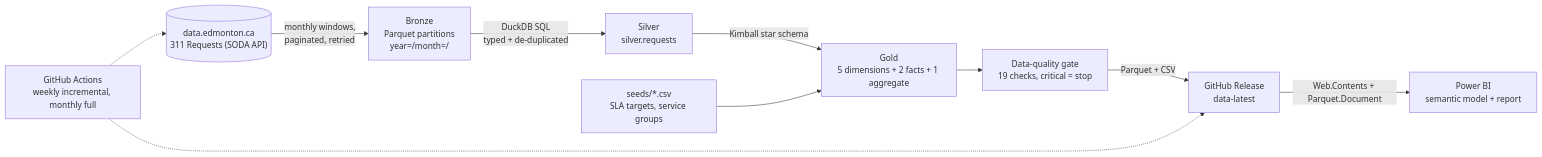
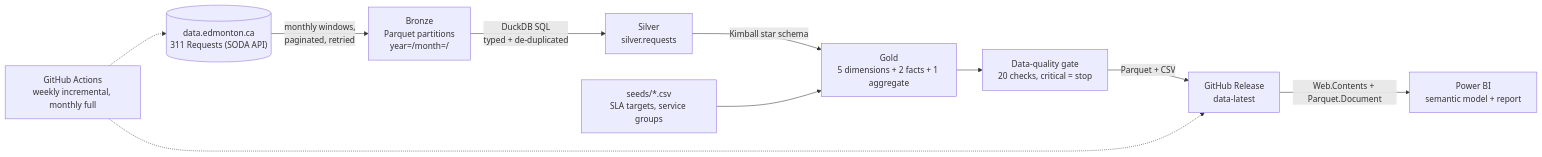
The first of 2 diagrams in README.md (bl4ck0uc4st/edmonton-311-analytics), drawn with Mermaid before and after one commit. The commit also changed other lines of this file and 10 other files, not shown here.

````diff
--- a/README.md
+++ b/README.md
@@ -50,12 +50,12 @@
 ```mermaid
 flowchart LR
     A[("data.edmonton.ca<br/>311 Requests (SODA API)")] -->|monthly windows,<br/>paginated, retried| B["Bronze<br/>Parquet partitions<br/>year=/month=/"]
     B -->|"DuckDB SQL<br/>typed + de-duplicated"| C["Silver<br/>silver.requests"]
     C -->|"Kimball star schema"| D["Gold<br/>5 dimensions + 2 facts + 1 aggregate"]
-    D --> E["Data-quality gate<br/>19 checks, critical = stop"]
+    D --> E["Data-quality gate<br/>20 checks, critical = stop"]
     E -->|Parquet + CSV| F["GitHub Release<br/>data-latest"]
     F -->|"Web.Contents + Parquet.Document"| G["Power BI<br/>semantic model + report"]
     H["GitHub Actions<br/>weekly incremental, monthly full"] -.-> A
     H -.-> F
     S["seeds/*.csv<br/>SLA targets, service groups"] --> D
 ```
````
